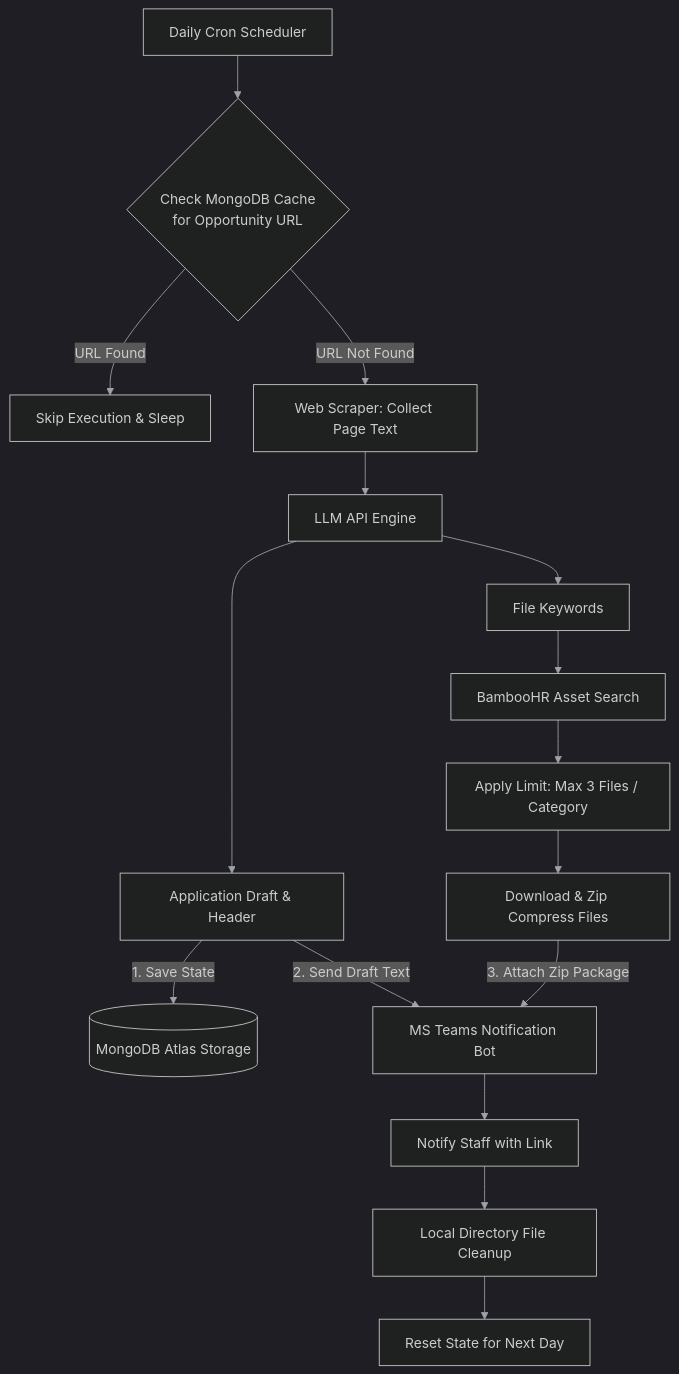
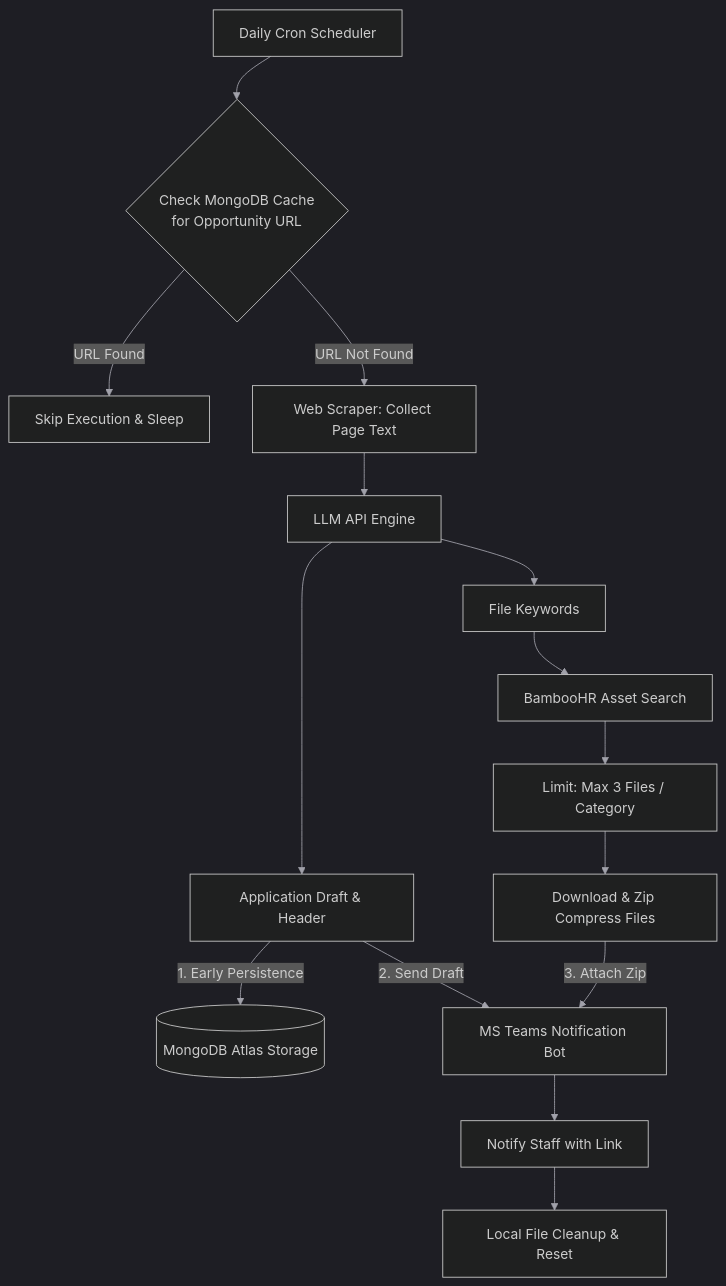
Before and after one commit to wevans02/Meta-Employment-Services-Internship: the diagram in Agentic-AI-system/README.md, drawn with Mermaid.

Commit message:
formatting

````diff
--- a/Agentic-AI-system/README.md
+++ b/Agentic-AI-system/README.md
@@ -7,26 +7,27 @@
 ```mermaid
 %%{init: { 'theme': 'dark', 'themeVariables': { 'lineColor': '#a1a1aa', 'labelColor': '#ffffff', 'primaryColor': '#1e293b', 'primaryTextColor': '#ffffff', 'actorLineColor': '#ffffff' }}}%%
 graph TD
-    %% Left Column: Ingestion & Draft Generation
+    %% Left Side: Ingestion & Core Generation
     Cron[Daily Cron Scheduler] --> CheckCache{Check MongoDB Cache<br/>for Opportunity URL}
     CheckCache -->|URL Found| Skip[Skip Execution & Sleep]
     CheckCache -->|URL Not Found| Scraper[Web Scraper: Collect Page Text]
     
     Scraper --> LLM[LLM API Engine]
     LLM --> Draft[Application Draft & Header]
     LLM --> Keywords[File Keywords]
-    
-    Draft -->|1. Save State| Mongo[(MongoDB Atlas Storage)]
+    Draft -->|1. Early Persistence| Mongo[(MongoDB Atlas Storage)]
 
-    %% Right Column: Asset Retrieval & Delivery
+    %% Side-by-Side Anchor (Invisible link forces 2-column alignment)
+    Cron ~~~ Bamboo
+
+    %% Right Side: Asset Search, Delivery & Cleanup
     Keywords --> Bamboo[BambooHR Asset Search]
-    Bamboo --> Limit[Apply Limit: Max 3 Files / Category]
+    Bamboo --> Limit[Limit: Max 3 Files / Category]
     Limit --> Zip[Download & Zip Compress Files]
     
-    Draft -->|2. Send Draft Text| Teams[MS Teams Notification Bot]
-    Zip -->|3. Attach Zip Package| Teams
+    Draft -->|2. Send Draft| Teams[MS Teams Notification Bot]
+    Zip -->|3. Attach Zip| Teams
     
     Teams --> Notify[Notify Staff with Link]
-    Notify --> Cleanup[Local Directory File Cleanup]
-    Cleanup --> Reset[Reset State for Next Day]
+    Notify --> Cleanup[Local File Cleanup & Reset]
 ```
````
